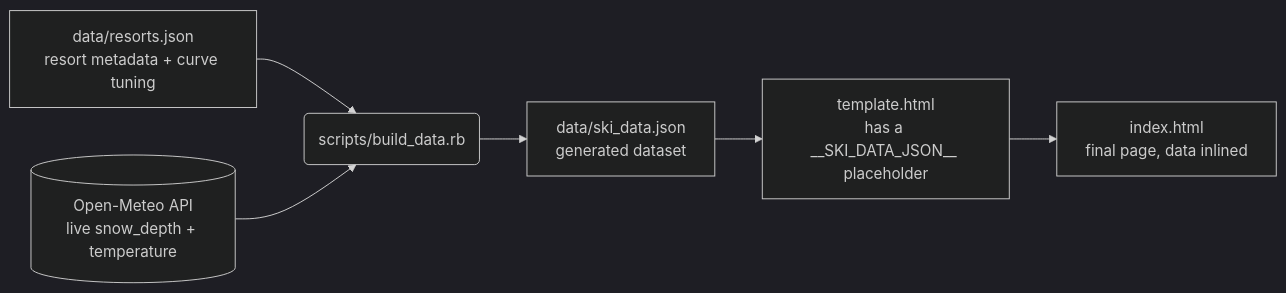
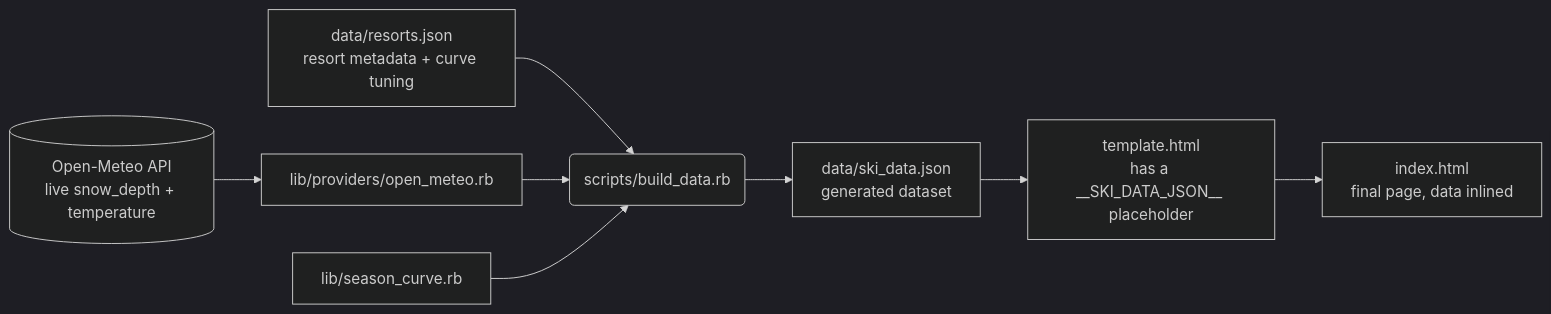
The diagram in docs/ARCHITECTURE.md (cedjec-sketcher/foray-ski-adventure), drawn with Mermaid (dark theme) before and after one commit. The commit also changed other lines of this file and 10 other files, not shown here.

````diff
--- a/docs/ARCHITECTURE.md
+++ b/docs/ARCHITECTURE.md
@@ -22,8 +22,10 @@
 ```mermaid
 flowchart LR
   R[data/resorts.json<br/>resort metadata + curve tuning] --> B(scripts/build_data.rb)
-  OM[(Open-Meteo API<br/>live snow_depth + temperature)] --> B
+  P[lib/providers/open_meteo.rb] --> B
+  C[lib/season_curve.rb] --> B
+  OM[(Open-Meteo API<br/>live snow_depth + temperature)] --> P
   B --> S[data/ski_data.json<br/>generated dataset]
   S --> T[template.html<br/>has a __SKI_DATA_JSON__ placeholder]
   T --> I[index.html<br/>final page, data inlined]
 ```
````
